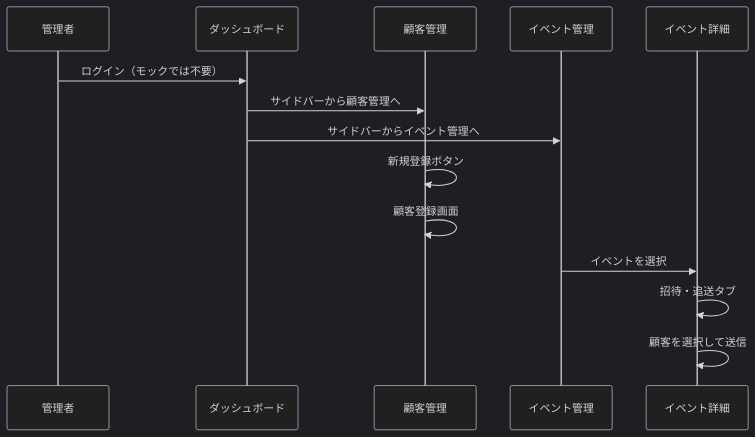
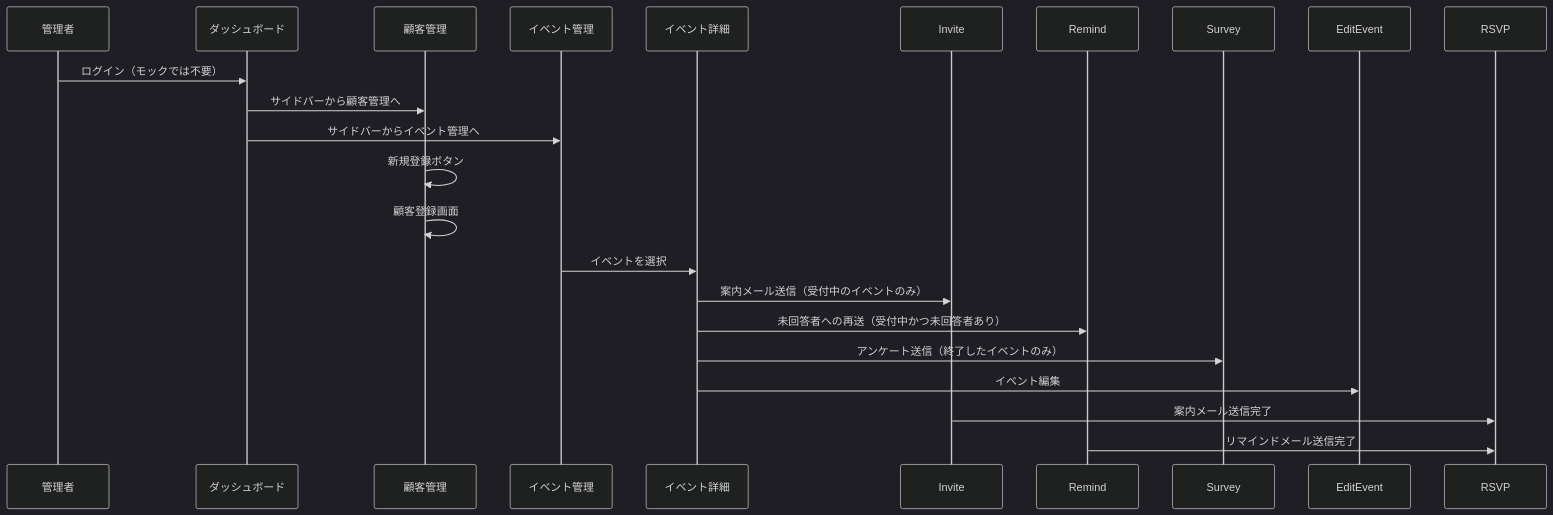
The second of 3 diagrams in spec/画面設計書.md (anhklv/marcopolo-portal-mirror), drawn with Mermaid (dark theme) before and after one commit. The commit also changed other lines of this file and 9 other files, not shown here.

````diff
--- a/spec/画面設計書.md
+++ b/spec/画面設計書.md
@@ -58,19 +69,23 @@
 ```mermaid
 sequenceDiagram
     participant Admin as 管理者
     participant Dashboard as ダッシュボード
     participant Customers as 顧客管理
     participant Events as イベント管理
     participant EventDetail as イベント詳細
     
     Admin->>Dashboard: ログイン（モックでは不要）
     Dashboard->>Customers: サイドバーから顧客管理へ
     Dashboard->>Events: サイドバーからイベント管理へ
     
     Customers->>Customers: 新規登録ボタン
     Customers->>Customers: 顧客登録画面
     
     Events->>EventDetail: イベントを選択
-    EventDetail->>EventDetail: 招待・追送タブ
-    EventDetail->>EventDetail: 顧客を選択して送信
+    EventDetail->>Invite: 案内メール送信（受付中のイベントのみ）
+    EventDetail->>Remind: 未回答者への再送（受付中かつ未回答者あり）
+    EventDetail->>Survey: アンケート送信（終了したイベントのみ）
+    EventDetail->>EditEvent: イベント編集
+    Invite->>RSVP: 案内メール送信完了
+    Remind->>RSVP: リマインドメール送信完了
 ```
````
